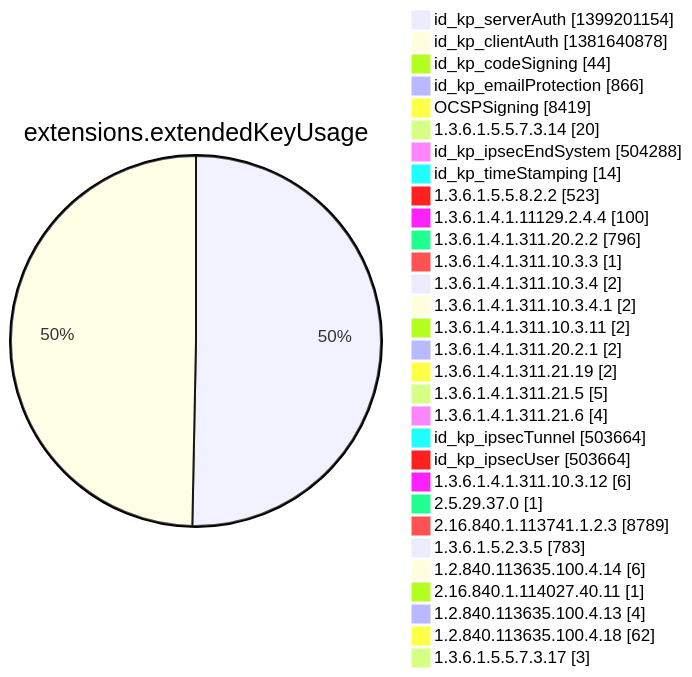
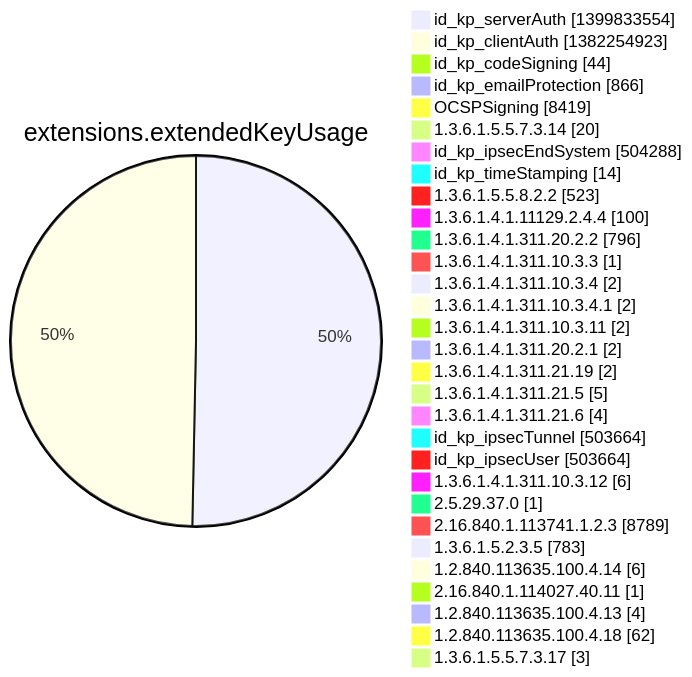
Diagram 12 of 15 in argon2022/README.md (christiankrug/ctmonitor_visualization), drawn with Mermaid before and after one commit. The commit also changed other lines of this file, not shown here.

````diff
--- a/argon2022/README.md
+++ b/argon2022/README.md
@@ -3554,34 +3554,34 @@
 ```mermaid
 pie showData
 title extensions.extendedKeyUsage
-"id_kp_serverAuth" :1399201154
-"id_kp_clientAuth" :1381640878
+"id_kp_serverAuth" :1399833554
+"id_kp_clientAuth" :1382254923
 "id_kp_codeSigning" :44
 "id_kp_emailProtection" :866
 "OCSPSigning" :8419
 "1.3.6.1.5.5.7.3.14" :20
 "id_kp_ipsecEndSystem" :504288
 "id_kp_timeStamping" :14
 "1.3.6.1.5.5.8.2.2" :523
 "1.3.6.1.4.1.11129.2.4.4" :100
 "1.3.6.1.4.1.311.20.2.2" :796
 "1.3.6.1.4.1.311.10.3.3" :1
 "1.3.6.1.4.1.311.10.3.4" :2
 "1.3.6.1.4.1.311.10.3.4.1" :2
 "1.3.6.1.4.1.311.10.3.11" :2
 "1.3.6.1.4.1.311.20.2.1" :2
 "1.3.6.1.4.1.311.21.19" :2
 "1.3.6.1.4.1.311.21.5" :5
 "1.3.6.1.4.1.311.21.6" :4
 "id_kp_ipsecTunnel" :503664
 "id_kp_ipsecUser" :503664
 "1.3.6.1.4.1.311.10.3.12" :6
 "2.5.29.37.0" :1
 "2.16.840.1.113741.1.2.3" :8789
 "1.3.6.1.5.2.3.5" :783
 "1.2.840.113635.100.4.14" :6
 "2.16.840.1.114027.40.11" :1
 "1.2.840.113635.100.4.13" :4
 "1.2.840.113635.100.4.18" :62
 "1.3.6.1.5.5.7.3.17" :3
 ```
````
